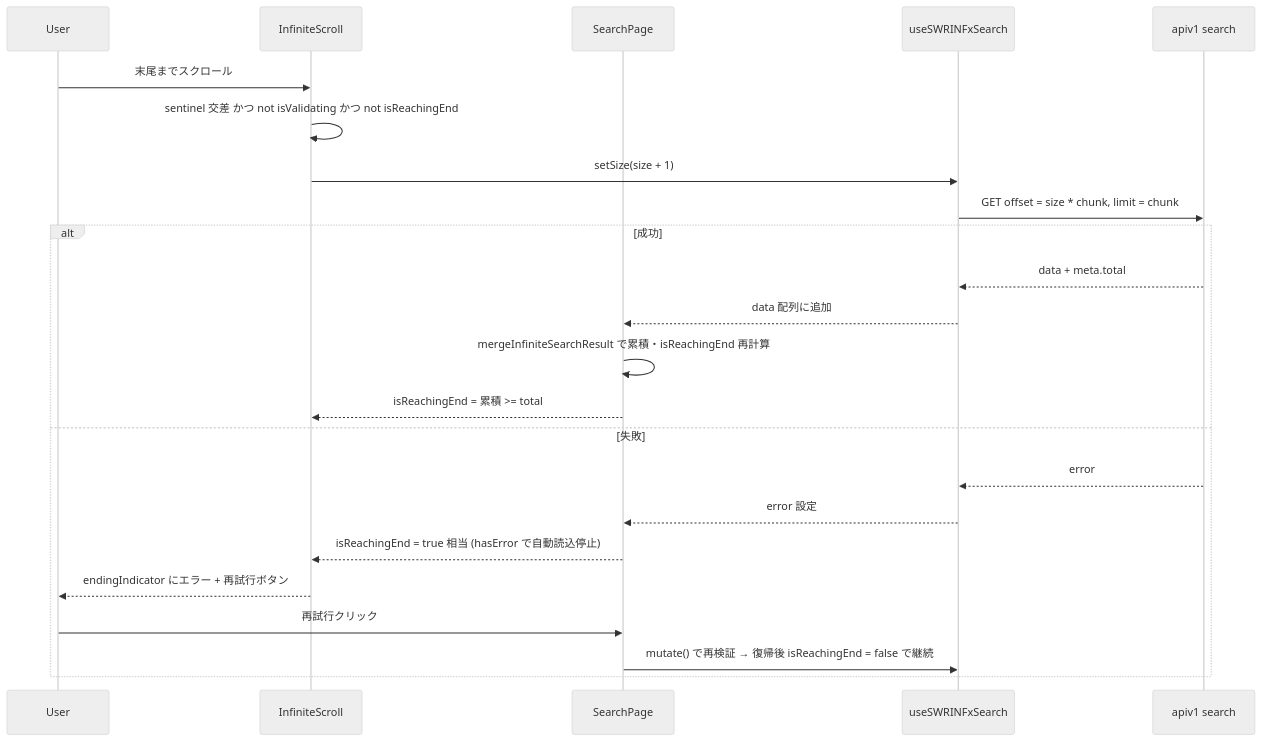
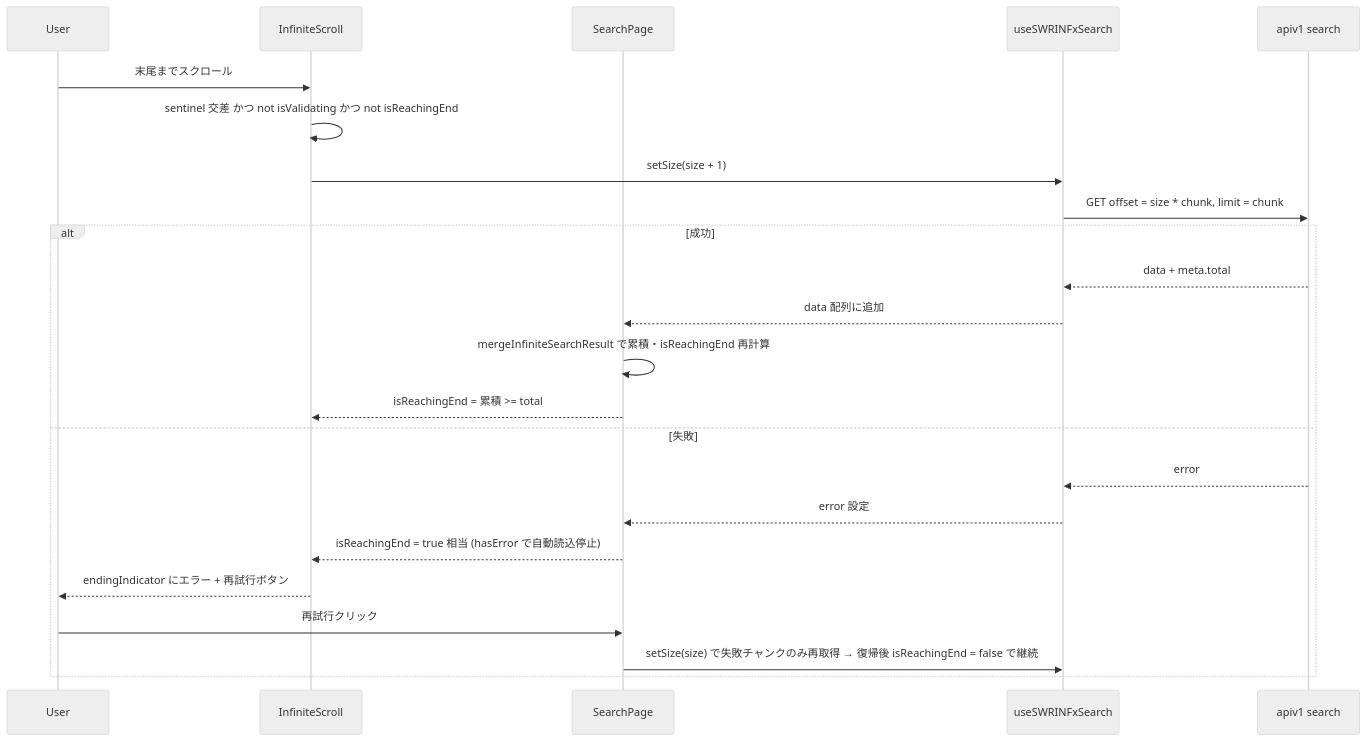
The second of 3 diagrams in .kiro/specs/search-result-infinite-scroll/design.md (growilabs/growi), drawn with Mermaid (neutral theme) before and after one commit. The commit also changed other lines of this file and 13 other files, not shown here.

````diff
--- a/.kiro/specs/search-result-infinite-scroll/design.md
+++ b/.kiro/specs/search-result-infinite-scroll/design.md
@@ -146,26 +146,26 @@
 ```mermaid
 sequenceDiagram
     participant U as User
     participant IS as InfiniteScroll
     participant SP as SearchPage
     participant H as useSWRINFxSearch
     participant API as apiv1 search
 
     U->>IS: 末尾までスクロール
     IS->>IS: sentinel 交差 かつ not isValidating かつ not isReachingEnd
     IS->>H: setSize(size + 1)
     H->>API: GET offset = size * chunk, limit = chunk
     alt 成功
         API-->>H: data + meta.total
         H-->>SP: data 配列に追加
         SP->>SP: mergeInfiniteSearchResult で累積・isReachingEnd 再計算
         SP-->>IS: isReachingEnd = 累積 >= total
     else 失敗
         API-->>H: error
         H-->>SP: error 設定
         SP-->>IS: isReachingEnd = true 相当 (hasError で自動読込停止)
         IS-->>U: endingIndicator にエラー + 再試行ボタン
         U->>SP: 再試行クリック
-        SP->>H: mutate() で再検証 → 復帰後 isReachingEnd = false で継続
+        SP->>H: setSize(size) で失敗チャンクのみ再取得 → 復帰後 isReachingEnd = false で継続
     end
 ```
````
